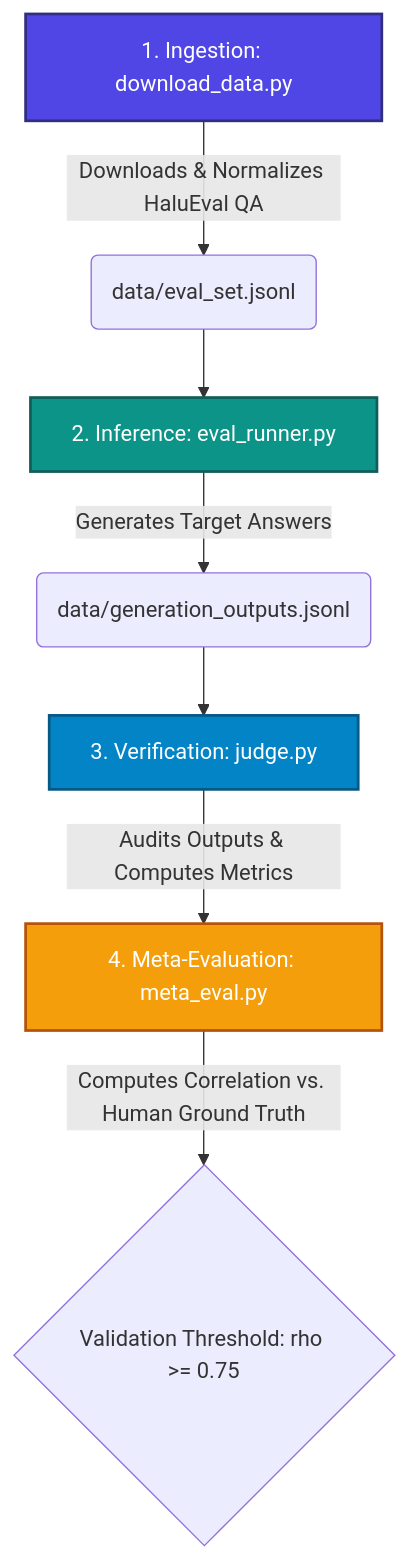
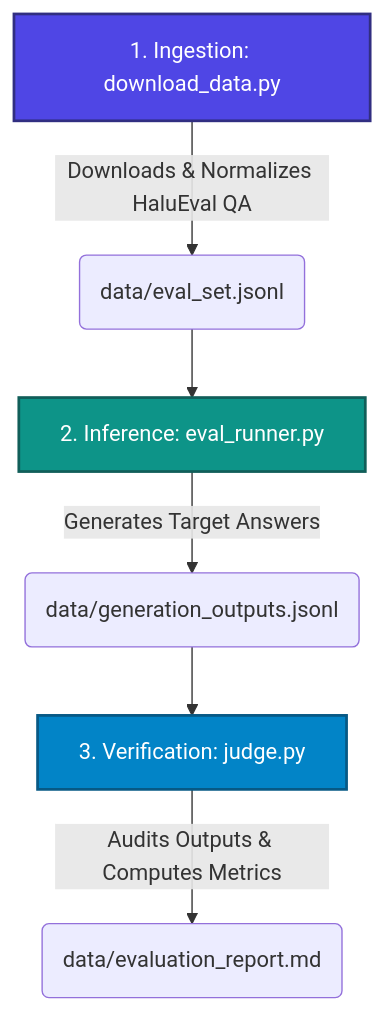
The diagram in 1.Evaluation/README.md (YahyaGhallali/Hallucination-Project), drawn with Mermaid before and after one commit. The commit also changed other lines of this file and 16 other files, not shown here.

````diff
--- a/1.Evaluation/README.md
+++ b/1.Evaluation/README.md
@@ -13,14 +13,12 @@
 ```mermaid
 graph TD
     A[1. Ingestion: download_data.py] -->|Downloads & Normalizes HaluEval QA| B(data/eval_set.jsonl)
     B --> C[2. Inference: eval_runner.py]
     C -->|Generates Target Answers| D(data/generation_outputs.jsonl)
     D --> E[3. Verification: judge.py]
-    E -->|Audits Outputs & Computes Metrics| F[4. Meta-Evaluation: meta_eval.py]
-    F -->|Computes Correlation vs. Human Ground Truth| G{Validation Threshold: rho >= 0.75}
+    E -->|Audits Outputs & Computes Metrics| F(data/evaluation_report.md)
 
     style A fill:#4F46E5,stroke:#312E81,stroke-width:2px,color:#fff
     style C fill:#0D9488,stroke:#115E59,stroke-width:2px,color:#fff
     style E fill:#0284C7,stroke:#075985,stroke-width:2px,color:#fff
-    style F fill:#F59E0B,stroke:#B45309,stroke-width:2px,color:#fff
 ```
````
